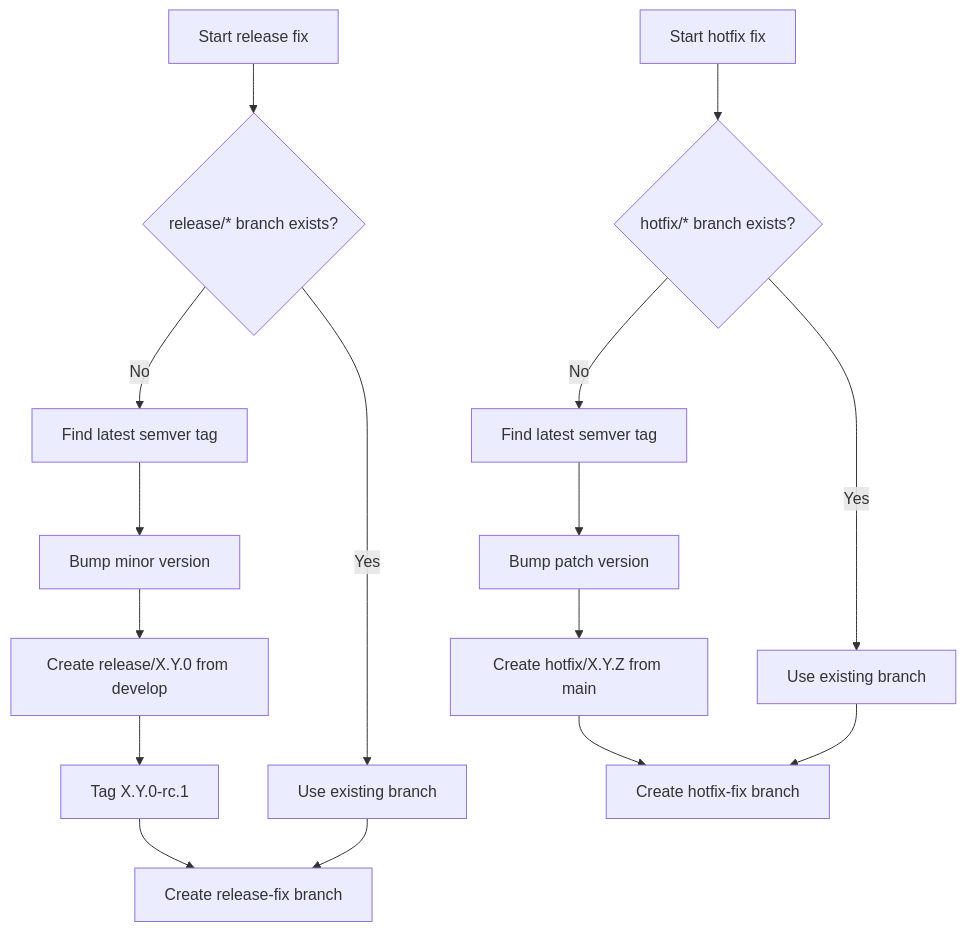
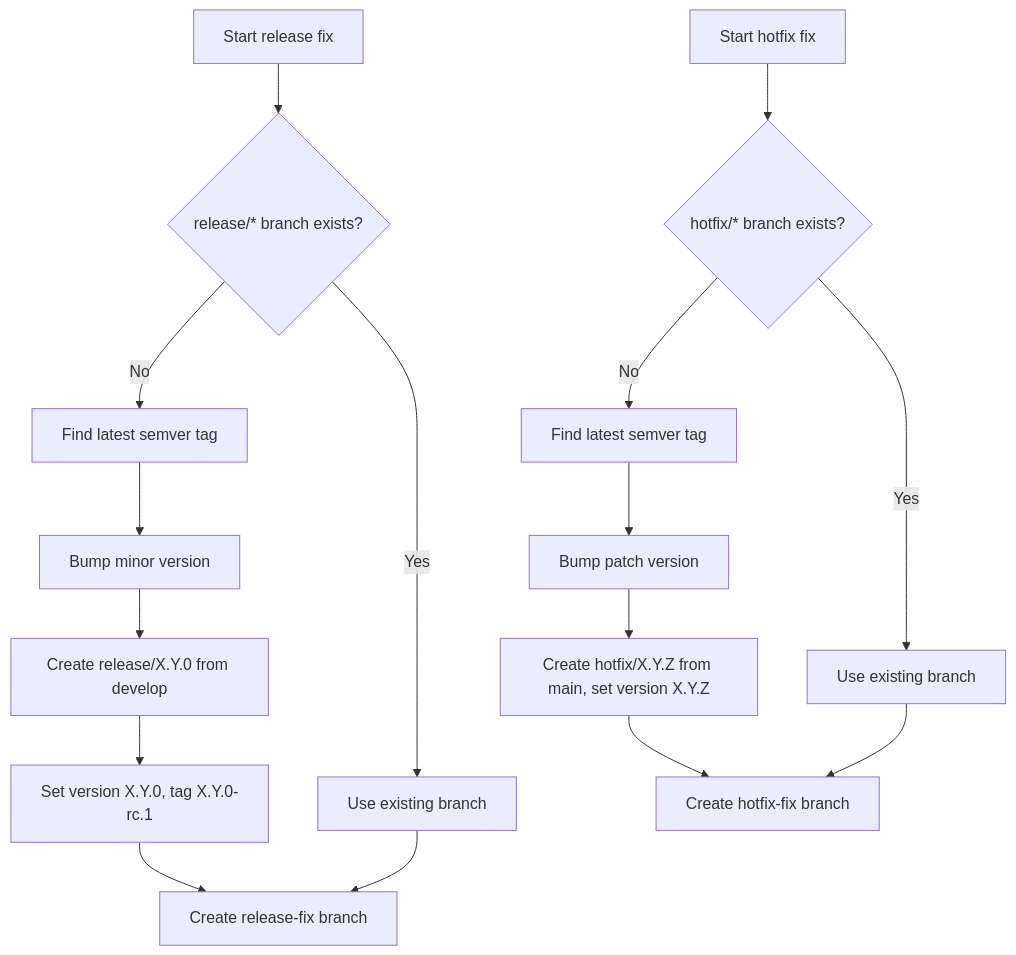
One commit to middelkampdev/gflow changed the sixth of 7 diagrams in README.md. Above: the diagram before and after it, drawn with Mermaid. The commit also changed other lines of this file and 23 other files, not shown here.

````diff
--- a/README.md
+++ b/README.md
@@ -901,19 +924,19 @@
 ```mermaid
 flowchart TD
     A[Start release fix] --> B{release/* branch exists?}
     B -- Yes --> C[Use existing branch]
     B -- No --> D[Find latest semver tag]
     D --> E[Bump minor version]
     E --> F[Create release/X.Y.0 from develop]
-    F --> G[Tag X.Y.0-rc.1]
+    F --> G[Set version X.Y.0, tag X.Y.0-rc.1]
     G --> H[Create release-fix branch]
     C --> H
 
     I[Start hotfix fix] --> J{hotfix/* branch exists?}
     J -- Yes --> K[Use existing branch]
     J -- No --> L[Find latest semver tag]
     L --> M[Bump patch version]
-    M --> N[Create hotfix/X.Y.Z from main]
+    M --> N[Create hotfix/X.Y.Z from main, set version X.Y.Z]
     N --> O[Create hotfix-fix branch]
     K --> O
 ```
````
